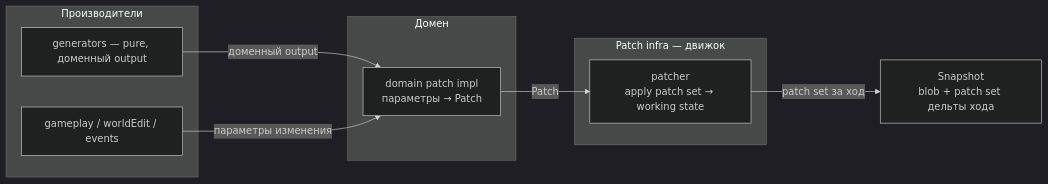
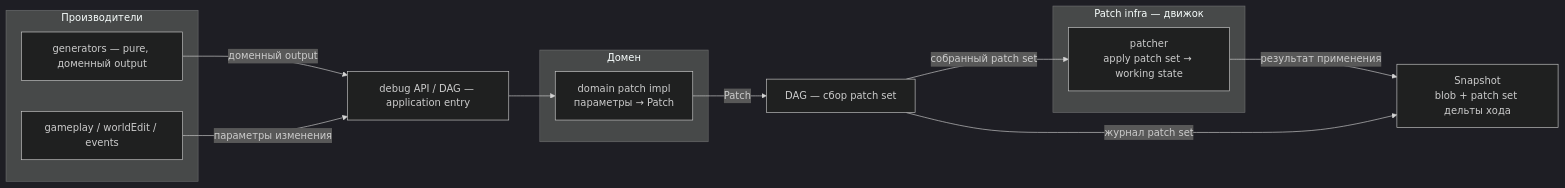
One commit to AndrewBondaren/AI-Project changed the diagram in docs/tz_patch_system.md. Above: the diagram before and after it, drawn with Mermaid (dark theme). The commit also changed other lines of this file and 3 other files, not shown here.

Commit message:
Add critical gates for patch collection and writing in WS architecture

````diff
--- a/docs/tz_patch_system.md
+++ b/docs/tz_patch_system.md
@@ -53,22 +78,27 @@
 ```mermaid
 flowchart LR
   subgraph producer[Производители]
     GEN[generators — pure, доменный output]
     GM[gameplay / worldEdit / events]
   end
 
   subgraph domain[Домен]
     A[domain patch impl<br>параметры → Patch]
   end
 
   subgraph infra[Patch infra — движок]
     PS[patcher<br>apply patch set → working state]
   end
 
   SNAP[Snapshot<br>blob + patch set дельты хода]
 
-  GEN -->|доменный output| A
-  GM -->|параметры изменения| A
-  A -->|Patch| PS
-  PS -->|patch set за ход| SNAP
+  ENTRY[debug API / DAG — application entry]
+  DAG[DAG — сбор patch set]
+  GEN -->|доменный output| ENTRY
+  GM -->|параметры изменения| ENTRY
+  ENTRY --> A
+  A -->|Patch| DAG
+  DAG -->|собранный patch set| PS
+  PS -->|результат применения| SNAP
+  DAG -->|журнал patch set| SNAP
 ```
````
